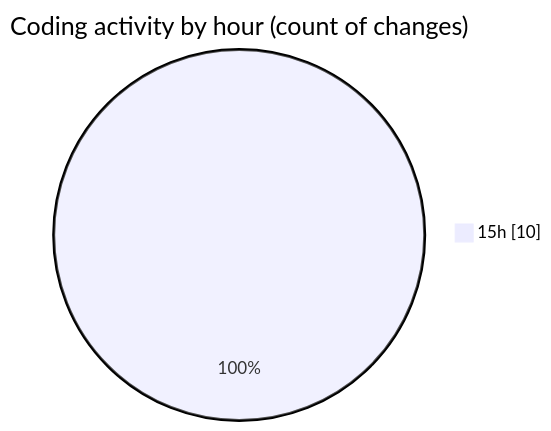
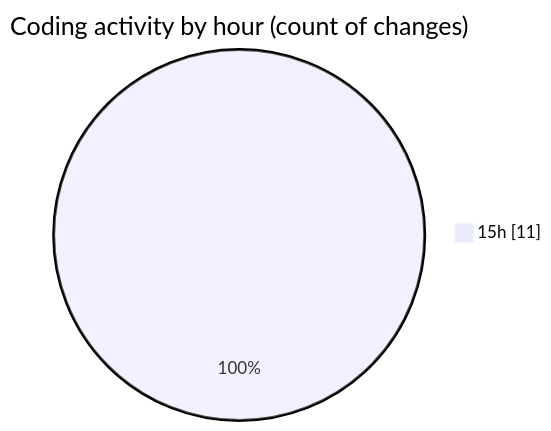
One commit to Ritupan-Deka/code-tracking changed the second of 2 diagrams in 2025-06-19/scopesketch-app/README.md. Above: the diagram before and after it, drawn with Mermaid. The commit also changed other lines of this file and 1 other file, not shown here.

````diff
--- a/2025-06-19/scopesketch-app/README.md
+++ b/2025-06-19/scopesketch-app/README.md
@@ -29,5 +29,5 @@
 ```mermaid
 pie showData
 title Coding activity by hour (count of changes)
-"15h" : 10
+"15h" : 11
 ```
````
